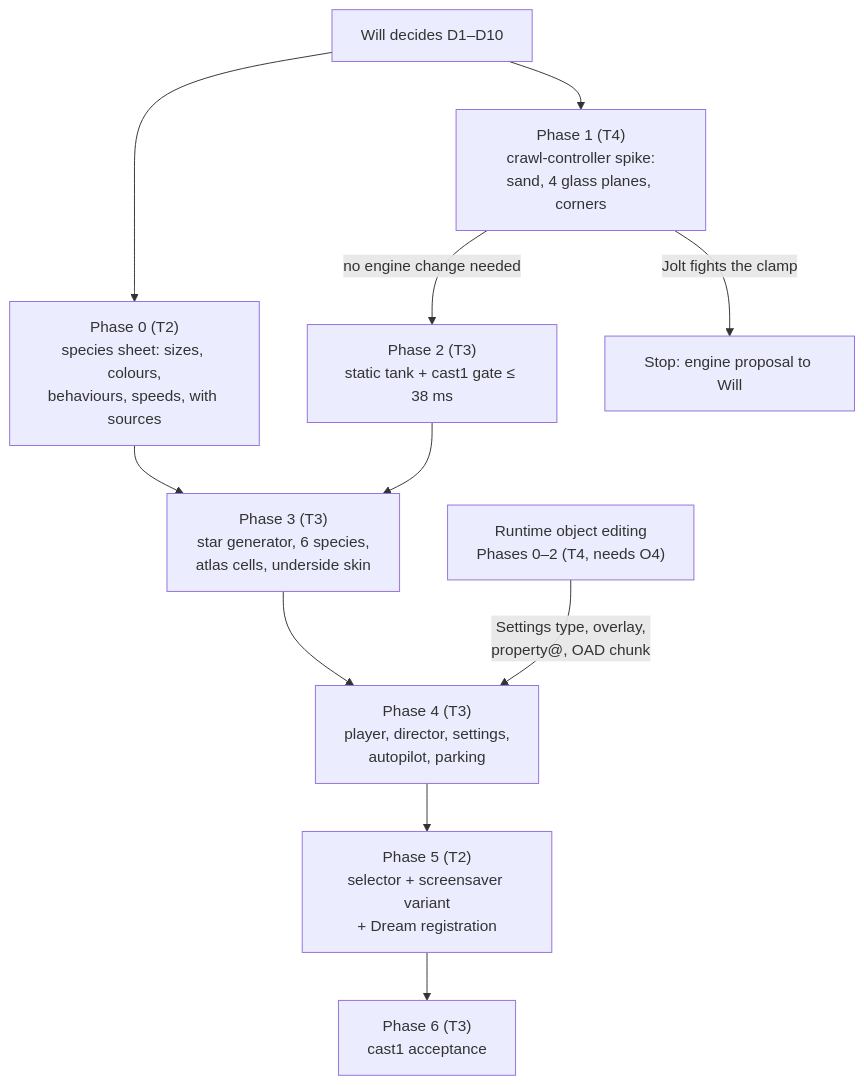
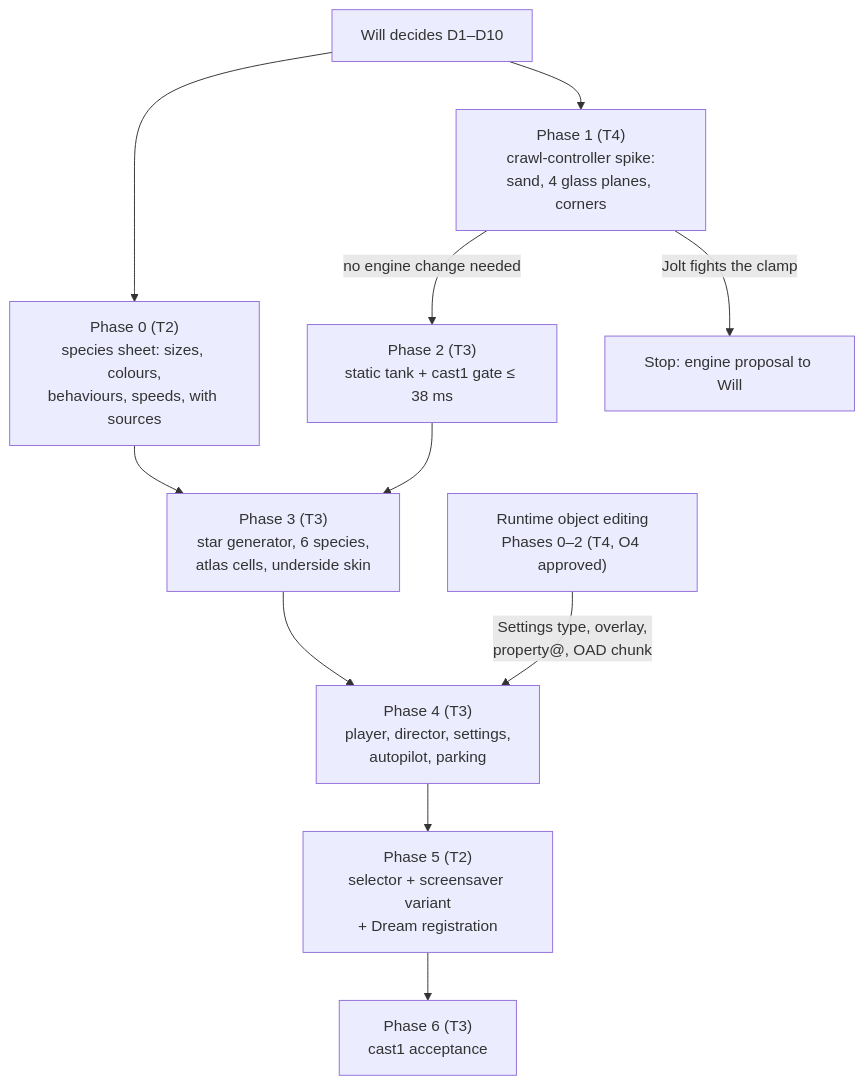
Before and after one commit to wbniv/WorldFoundry: the eighth of 9 diagrams in docs/plans/2026-11-10-starfish-tank.md, drawn with Mermaid. The commit also changed other lines of this file and 4 other files, not shown here.

First line of the commit message:
Runtime object editing: O4 engine scope approved (Will, 2026-11-10)

````diff
--- a/docs/plans/2026-11-10-starfish-tank.md
+++ b/docs/plans/2026-11-10-starfish-tank.md
@@ -287,13 +287,13 @@
 ```mermaid
 flowchart TD
     D["Will decides D1–D10"] --> P0["Phase 0 (T2)<br/>species sheet: sizes, colours,<br/>behaviours, speeds, with sources"]
     D --> P1["Phase 1 (T4)<br/>crawl-controller spike:<br/>sand, 4 glass planes, corners"]
     P1 -->|"no engine change needed"| P2["Phase 2 (T3)<br/>static tank + cast1 gate ≤ 38 ms"]
     P1 -->|"Jolt fights the clamp"| EP["Stop: engine proposal to Will"]
     P0 --> P3["Phase 3 (T3)<br/>star generator, 6 species,<br/>atlas cells, underside skin"]
     P2 --> P3
     P3 --> P4["Phase 4 (T3)<br/>player, director, settings,<br/>autopilot, parking"]
-    ROE["Runtime object editing<br/>Phases 0–2 (T4, needs O4)"] -->|"Settings type, overlay,<br/>property@, OAD chunk"| P4
+    ROE["Runtime object editing<br/>Phases 0–2 (T4, O4 approved)"] -->|"Settings type, overlay,<br/>property@, OAD chunk"| P4
     P4 --> P5["Phase 5 (T2)<br/>selector + screensaver variant<br/>+ Dream registration"]
     P5 --> P6["Phase 6 (T3)<br/>cast1 acceptance"]
 ```
````
